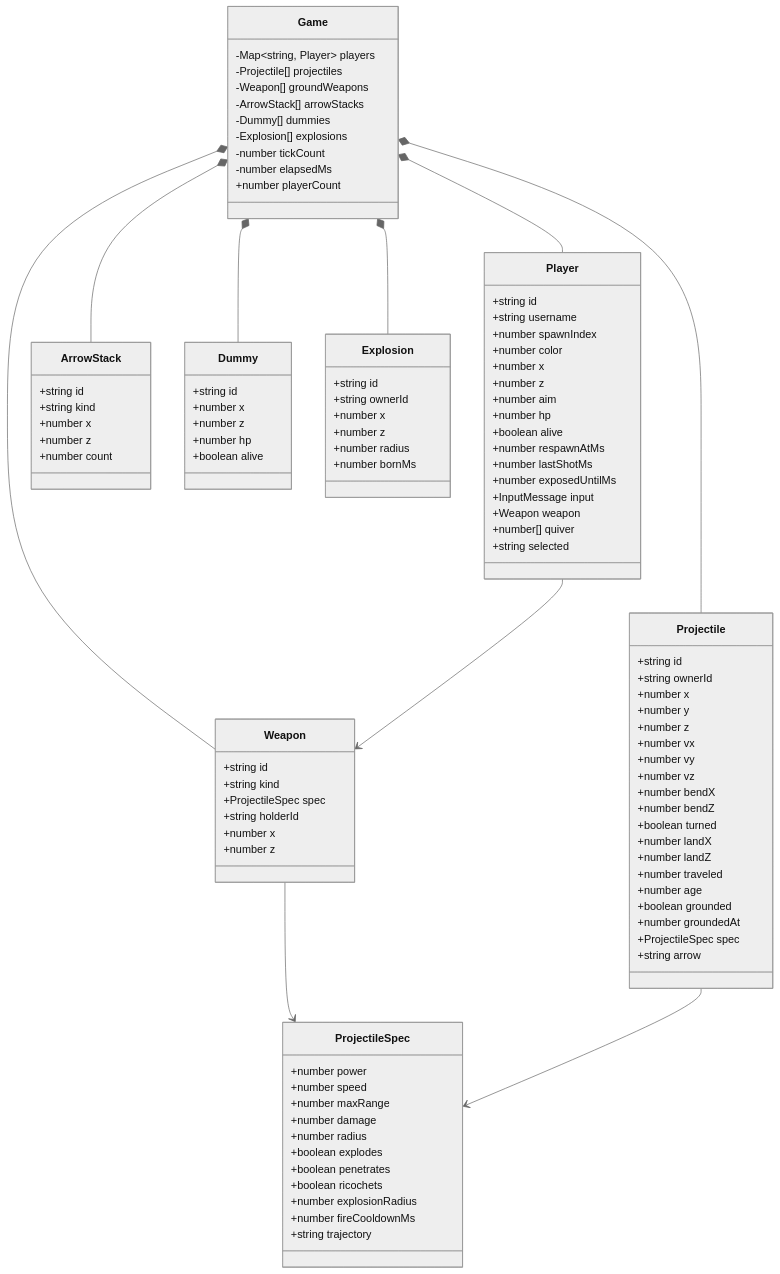
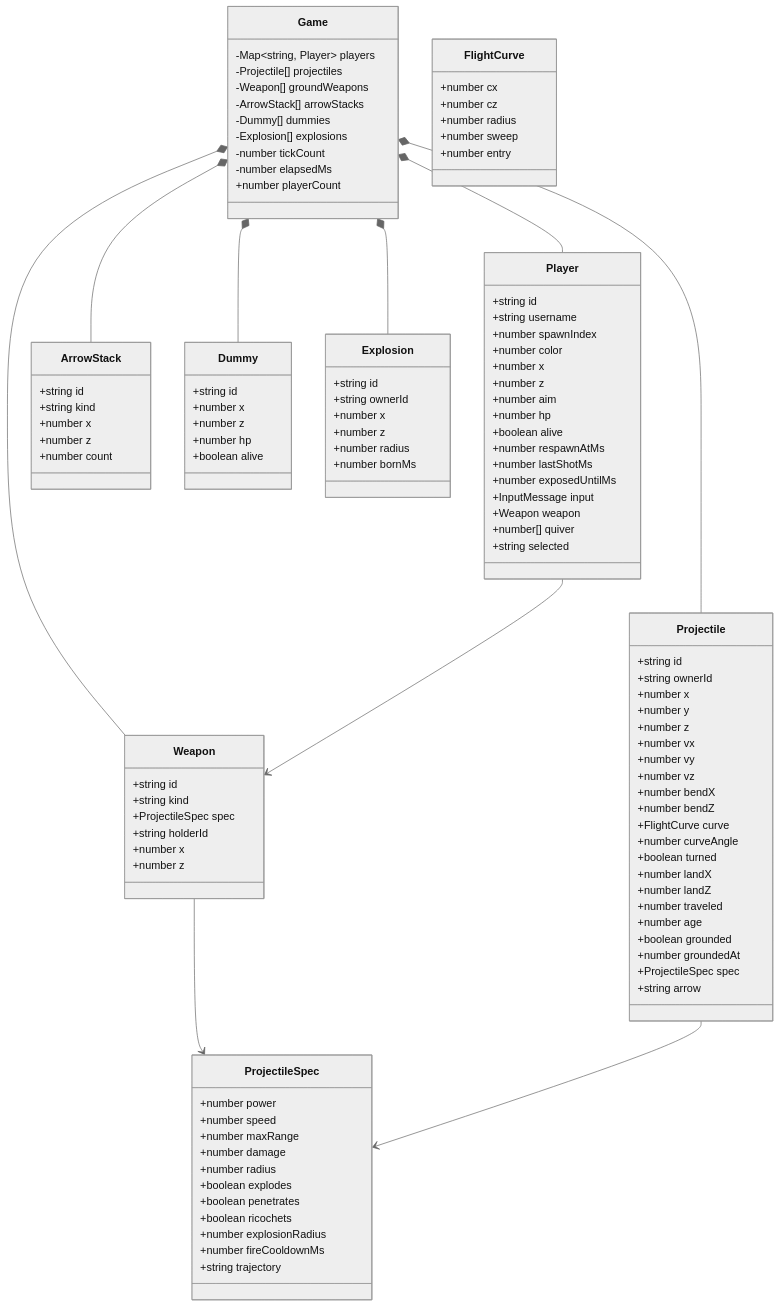
One commit to gabe-crafting/bowcraft changed the second of 4 diagrams in docs/class-map.md. Above: the diagram before and after it, drawn with Mermaid (neutral theme). The commit also changed other lines of this file and 11 other files, not shown here.

```diff
--- a/docs/class-map.md
+++ b/docs/class-map.md
@@ -104,6 +104,8 @@
     +number vz
     +number bendX
     +number bendZ
+    +FlightCurve curve
+    +number curveAngle
     +boolean turned
     +number landX
     +number landZ
@@ -136,6 +138,13 @@
     +number radius
     +number bornMs
   }
+  class FlightCurve {
+    +number cx
+    +number cz
+    +number radius
+    +number sweep
+    +number entry
+  }
   class ProjectileSpec {
     +number power
     +number speed
```
